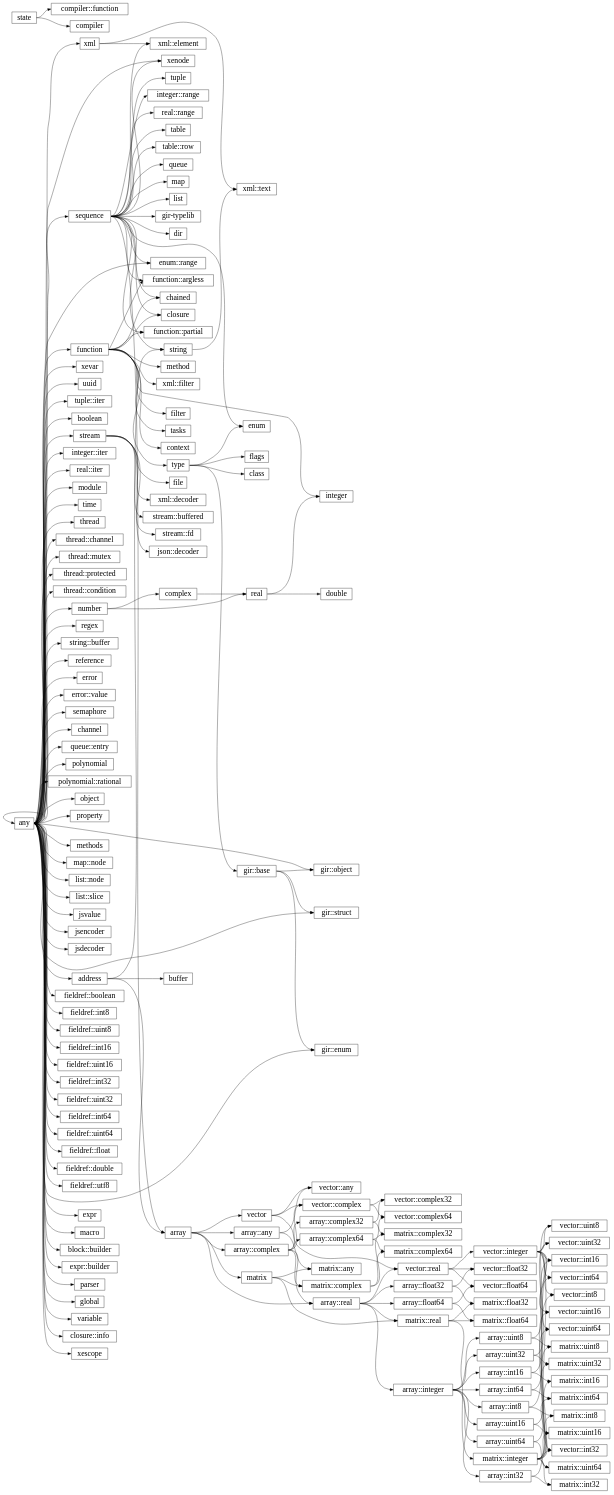
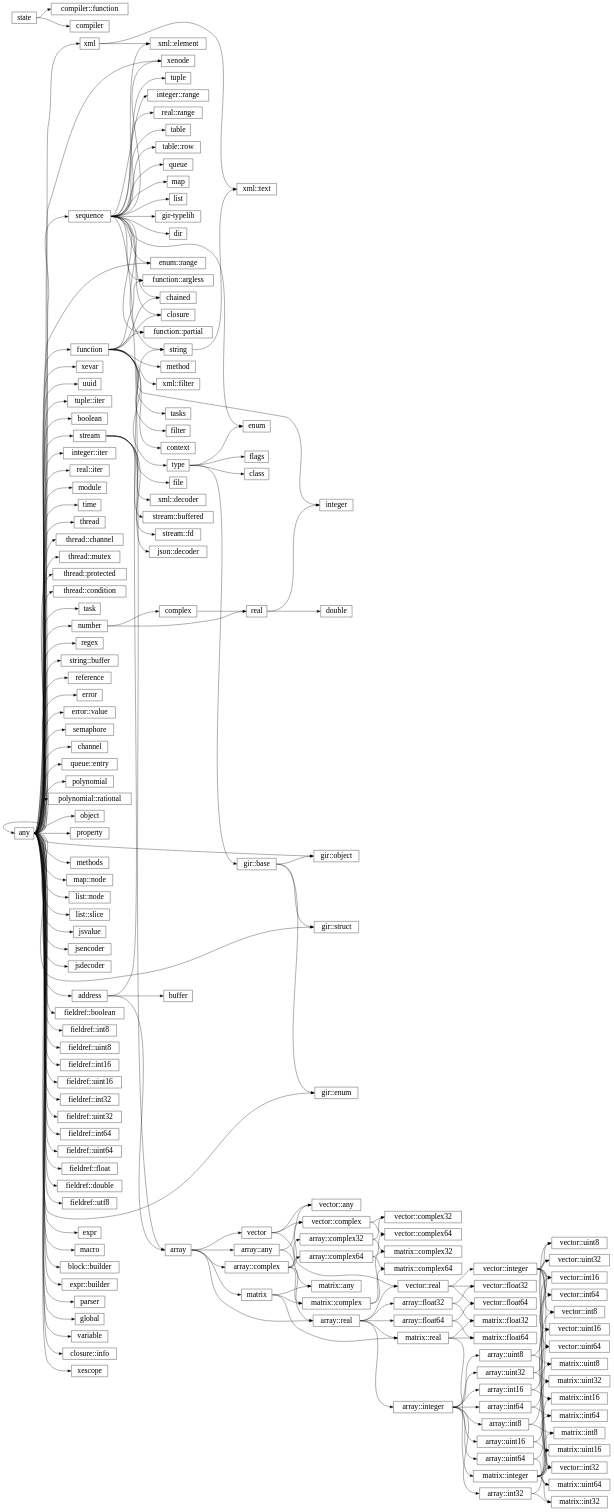
The diagram in docs/library/hierarchy.rst (wrapl/minilang), drawn with Graphviz before and after one commit. The commit also changed 6 other files, not shown here.

```diff
--- a/docs/library/hierarchy.rst
+++ b/docs/library/hierarchy.rst
@@ -58,6 +58,8 @@
       "any":e -> "thread::mutex":w;
       "any":e -> "thread::protected":w;
       "any":e -> "thread::condition":w;
+      "any":e -> "task":w;
+      "function":e -> "tasks":w;
       "sequence":e -> "table":w;
       "sequence":e -> "table::row":w;
       "any":e -> "address":w;
@@ -72,7 +74,6 @@
       "function":e -> "filter":w;
       "function":e -> "chained":w;
       "sequence":e -> "chained":w;
-      "function":e -> "tasks":w;
       "function":e -> "context":w;
       "any":e -> "reference":w;
       "any":e -> "error":w;
```
